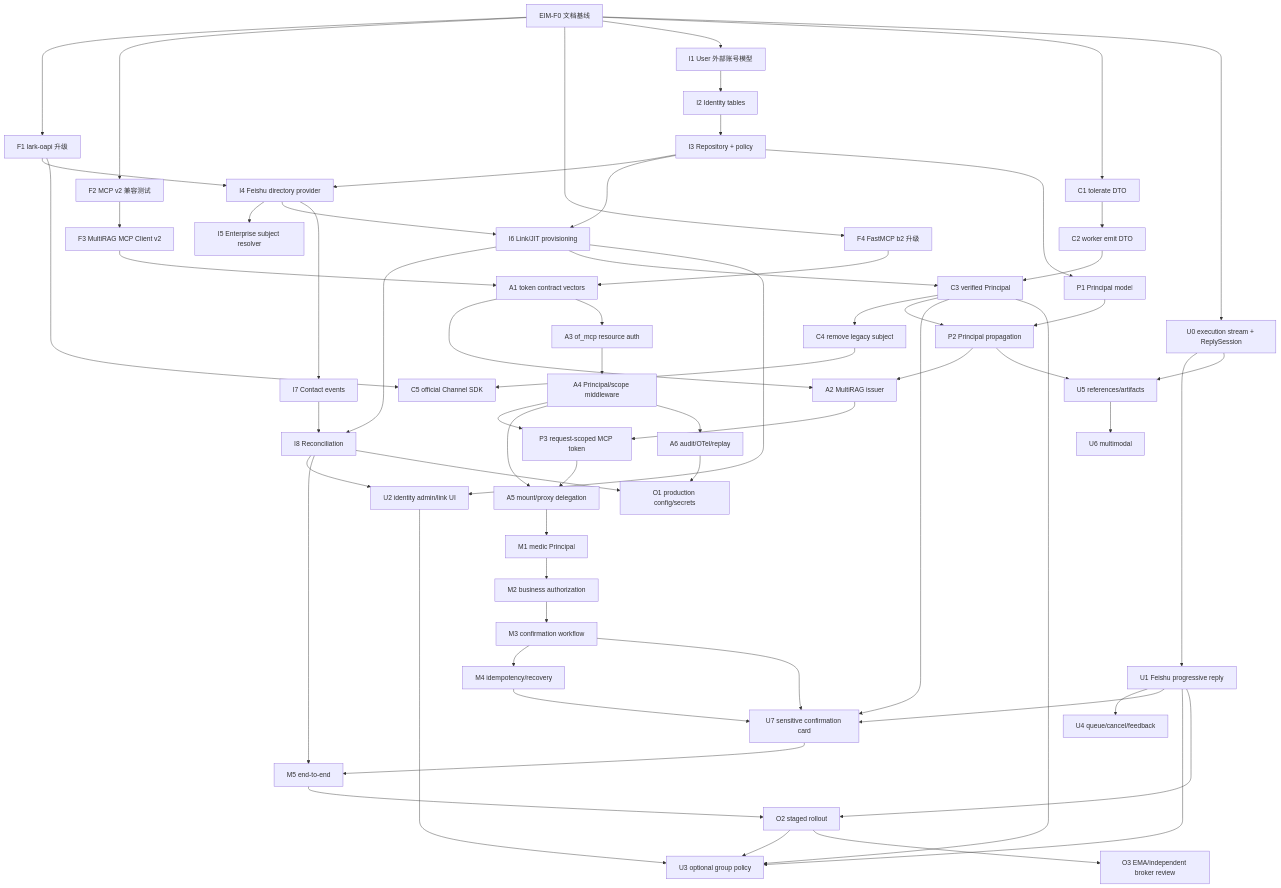
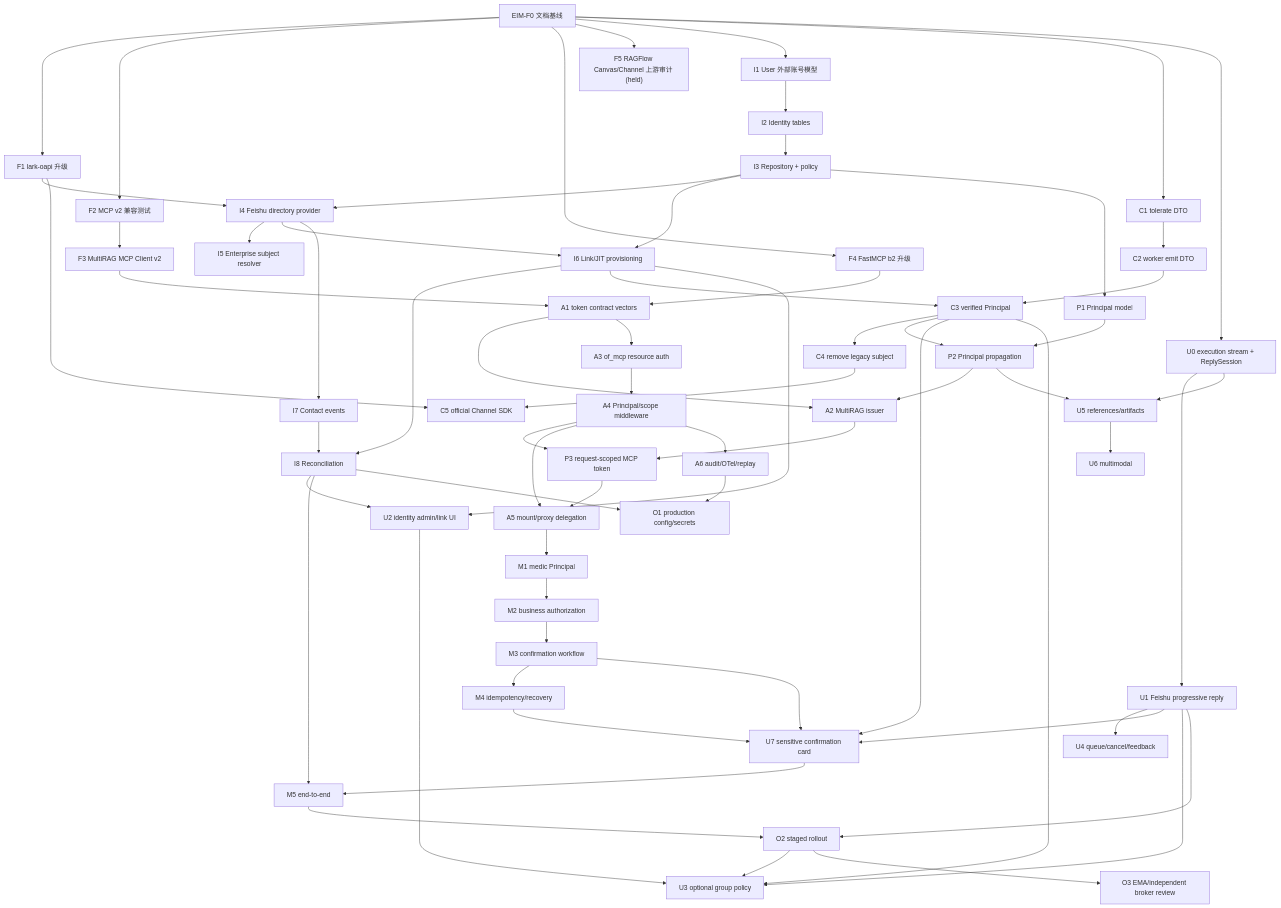
The diagram in docs/enterprise-identity-mcp/ROADMAP.md (yuehong136/MultiRAG), drawn with Mermaid before and after one commit. The commit also changed other lines of this file and 9 other files, not shown here.

````diff
--- a/docs/enterprise-identity-mcp/ROADMAP.md
+++ b/docs/enterprise-identity-mcp/ROADMAP.md
@@ -57,73 +58,74 @@
 ```mermaid
 flowchart TD
     F0["EIM-F0 文档基线"] --> F1["F1 lark-oapi 升级"]
     F0 --> F2["F2 MCP v2 兼容测试"]
     F0 --> F4["F4 FastMCP b2 升级"]
+    F0 --> F5["F5 RAGFlow Canvas/Channel 上游审计 (held)"]
     F2 --> F3["F3 MultiRAG MCP Client v2"]
 
     F0 --> I1["I1 User 外部账号模型"]
     I1 --> I2["I2 Identity tables"]
     I2 --> I3["I3 Repository + policy"]
     F1 --> I4["I4 Feishu directory provider"]
     I3 --> I4
     I4 --> I5["I5 Enterprise subject resolver"]
     I3 --> I6["I6 Link/JIT provisioning"]
     I4 --> I6
     I4 --> I7["I7 Contact events"]
     I6 --> I8["I8 Reconciliation"]
     I7 --> I8
 
     F0 --> C1["C1 tolerate DTO"]
     C1 --> C2["C2 worker emit DTO"]
     I6 --> C3["C3 verified Principal"]
     C2 --> C3
     C3 --> C4["C4 remove legacy subject"]
     F1 --> C5["C5 official Channel SDK"]
     C4 --> C5
 
     F0 --> U0["U0 execution stream + ReplySession"]
     U0 --> U1["U1 Feishu progressive reply"]
     U1 --> U4["U4 queue/cancel/feedback"]
 
     I3 --> P1["P1 Principal model"]
     C3 --> P2["P2 Principal propagation"]
     P1 --> P2
 
     F3 --> A1["A1 token contract vectors"]
     F4 --> A1
     P2 --> A2["A2 MultiRAG issuer"]
     A1 --> A2
     A1 --> A3["A3 of_mcp resource auth"]
     A3 --> A4["A4 Principal/scope middleware"]
     A2 --> P3["P3 request-scoped MCP token"]
     A4 --> P3
     A4 --> A5["A5 mount/proxy delegation"]
     P3 --> A5
     A4 --> A6["A6 audit/OTel/replay"]
 
     A5 --> M1["M1 medic Principal"]
     M1 --> M2["M2 business authorization"]
     M2 --> M3["M3 confirmation workflow"]
     M3 --> M4["M4 idempotency/recovery"]
     I6 --> U2["U2 identity admin/link UI"]
     I8 --> U2
     P2 --> U5["U5 references/artifacts"]
     U0 --> U5
     U5 --> U6["U6 multimodal"]
     C3 --> U7["U7 sensitive confirmation card"]
     M3 --> U7
     M4 --> U7
     U1 --> U7
     U7 --> M5["M5 end-to-end"]
     I8 --> M5
     U1 --> U3["U3 optional group policy"]
     U2 --> U3
     C3 --> U3
 
     I8 --> O1["O1 production config/secrets"]
     A6 --> O1
     M5 --> O2["O2 staged rollout"]
     U1 --> O2
     O2 --> U3
     O2 --> O3["O3 EMA/independent broker review"]
 ```
````
